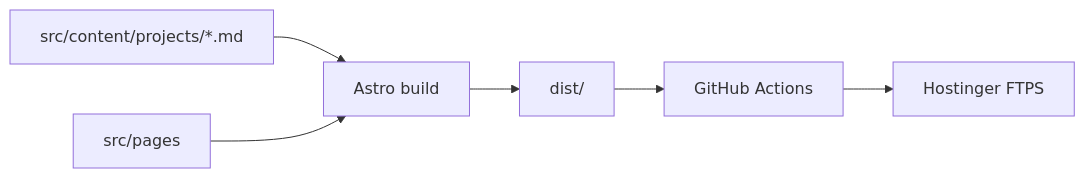
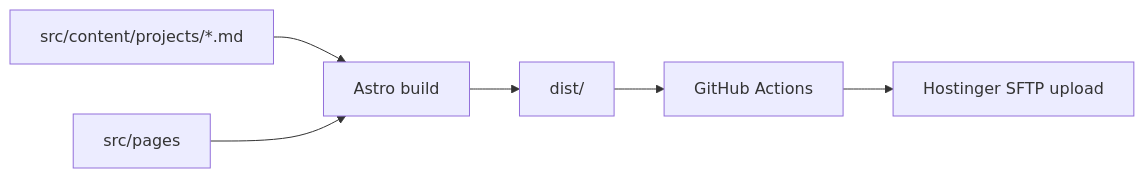
One commit to potato-robert/Portfolio-RMichels changed the diagram in docs/ARCHITECTURE.md. Above: the diagram before and after it, drawn with Mermaid. The commit also changed other lines of this file and 9 other files, not shown here.

First line of the commit message:
ci(deploy): switch Hostinger production upload to password SFTP

````diff
--- a/docs/ARCHITECTURE.md
+++ b/docs/ARCHITECTURE.md
@@ -16,10 +16,10 @@
 ```mermaid
 flowchart LR
   MD[src/content/projects/*.md]
   Pages[src/pages]
   MD --> Astro[Astro build]
   Pages --> Astro
   Astro --> Dist[dist/]
   Dist --> GHA[GitHub Actions]
-  GHA --> FTPS[Hostinger FTPS]
+  GHA --> SFTP[Hostinger SFTP upload]
 ```
````
